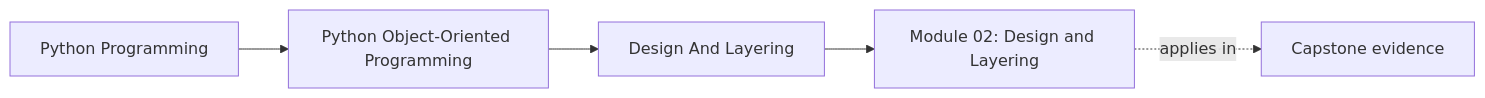
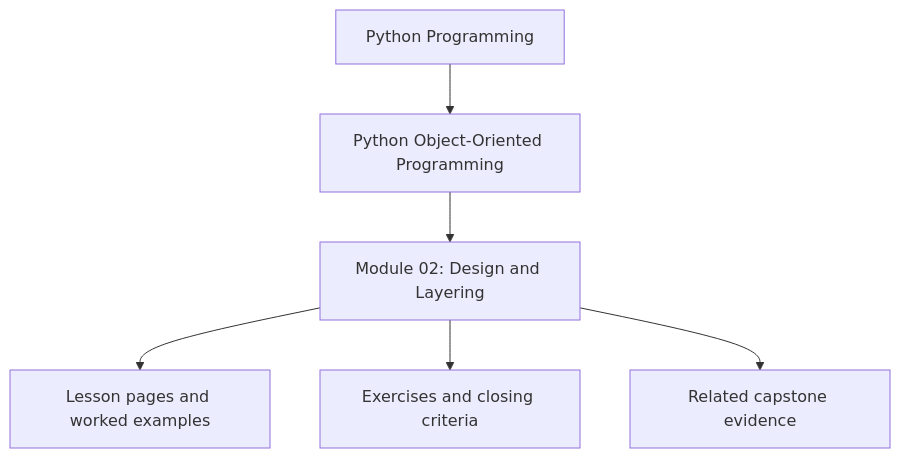
One commit to bijux/bijux-masterclass changed the first of 2 diagrams in programs/python-programming/python-object-oriented-programming/course-book/module-02-design-and-layering/index.md. Above: the diagram before and after it, drawn with Mermaid. The commit also changed other lines of this file and 10 other files, not shown here.

Commit message:
docs(python-object-oriented-programming): reposition module overview diagrams

````diff
--- a/programs/python-programming/python-object-oriented-programming/course-book/module-02-design-and-layering/index.md
+++ b/programs/python-programming/python-object-oriented-programming/course-book/module-02-design-and-layering/index.md
@@ -7,11 +7,8 @@
 ```mermaid
-graph LR
-  family["Python Programming"]
-  program["Python Object-Oriented Programming"]
-  section["Design And Layering"]
-  page["Module 02: Design and Layering"]
-  capstone["Capstone evidence"]
-
-  family --> program --> section --> page
-  page -.applies in.-> capstone
+flowchart TD
+  family["Python Programming"] --> program["Python Object-Oriented Programming"]
+  program --> module["Module 02: Design and Layering"]
+  module --> lessons["Lesson pages and worked examples"]
+  module --> checkpoints["Exercises and closing criteria"]
+  module --> capstone["Related capstone evidence"]
 ```
````
